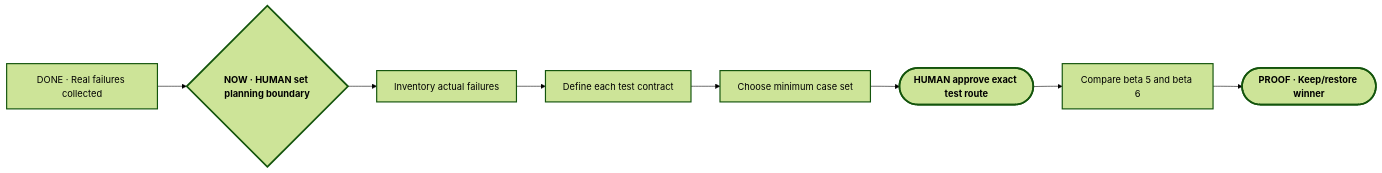
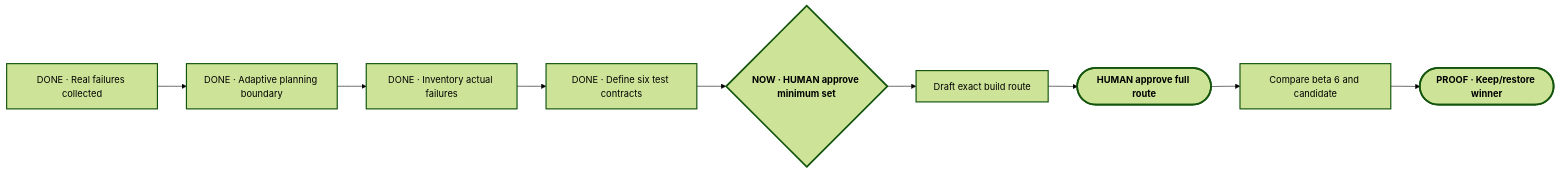
One commit to Pu11en/portable-planner changed the diagram in planning/PLAN-VIEW.md. Above: the diagram before and after it, drawn with Mermaid (forest theme). The commit also changed other lines of this file and 6 other files, not shown here.

Commit message:
define adaptive planning comparison cases

````diff
--- a/planning/PLAN-VIEW.md
+++ b/planning/PLAN-VIEW.md
@@ -13,19 +13,20 @@
 ```mermaid
 flowchart LR
     E["DONE · Real failures collected"]
-    A{"NOW · HUMAN set planning boundary"}
-    I["Inventory actual failures"]
-    C["Define each test contract"]
-    M["Choose minimum case set"]
-    P(["HUMAN approve exact test route"])
-    X["Compare beta 5 and beta 6"]
+    A["DONE · Adaptive planning boundary"]
+    I["DONE · Inventory actual failures"]
+    C["DONE · Define six test contracts"]
+    M{"NOW · HUMAN approve minimum set"}
+    B["Draft exact build route"]
+    P(["HUMAN approve full route"])
+    X["Compare beta 6 and candidate"]
     R(["PROOF · Keep/restore winner"])
-    E --> A --> I --> C --> M --> P --> X --> R
+    E --> A --> I --> C --> M --> B --> P --> X --> R
 
     classDef current stroke-width:3px,font-weight:700;
     classDef milestone stroke-width:2px;
     classDef proof stroke-width:3px,font-weight:700;
-    class A current;
-    class E,I,C,M,X milestone;
+    class M current;
+    class E,A,I,C,B,X milestone;
     class P,R proof;
 ```
````
